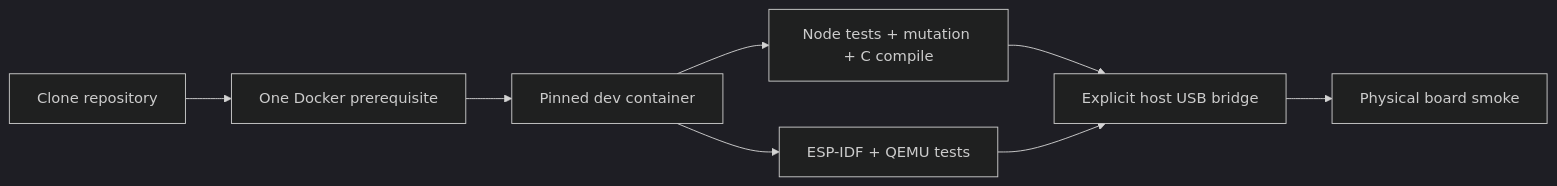
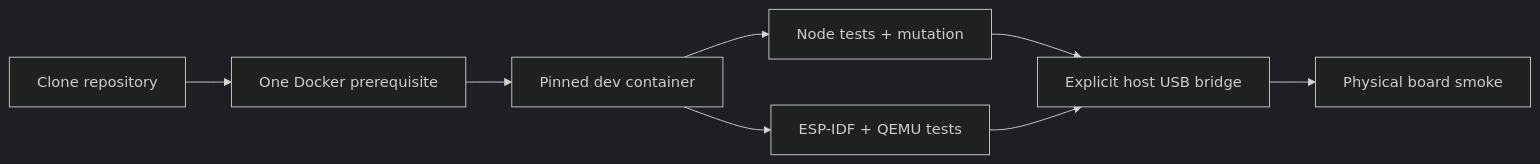
The diagram in docs/feature-specs/0009-one-command-development-environment.md (Remeic/tsx-lvgl), drawn with Mermaid (dark theme) before and after one commit. The commit also changed other lines of this file and 82 other files, not shown here.

First line of the commit message:
feat(runtime): replace generated-C path with JS runtime architecture (#28)

````diff
--- a/docs/feature-specs/0009-one-command-development-environment.md
+++ b/docs/feature-specs/0009-one-command-development-environment.md
@@ -13,10 +13,10 @@
 ```mermaid
 flowchart LR
     Clone[Clone repository] --> Docker[One Docker prerequisite]
     Docker --> Dev[Pinned dev container]
-    Dev --> Host[Node tests + mutation + C compile]
+    Dev --> Host[Node tests + mutation]
     Dev --> QEMU[ESP-IDF + QEMU tests]
     Host --> BoardBridge[Explicit host USB bridge]
     QEMU --> BoardBridge
     BoardBridge --> Board[Physical board smoke]
 ```
````
